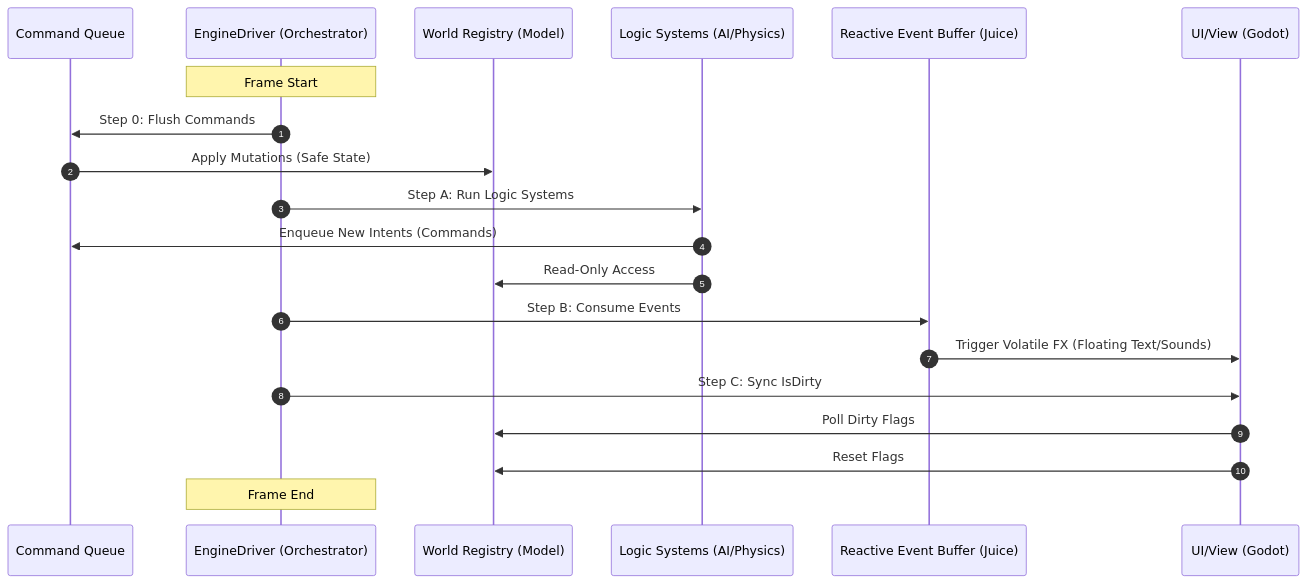
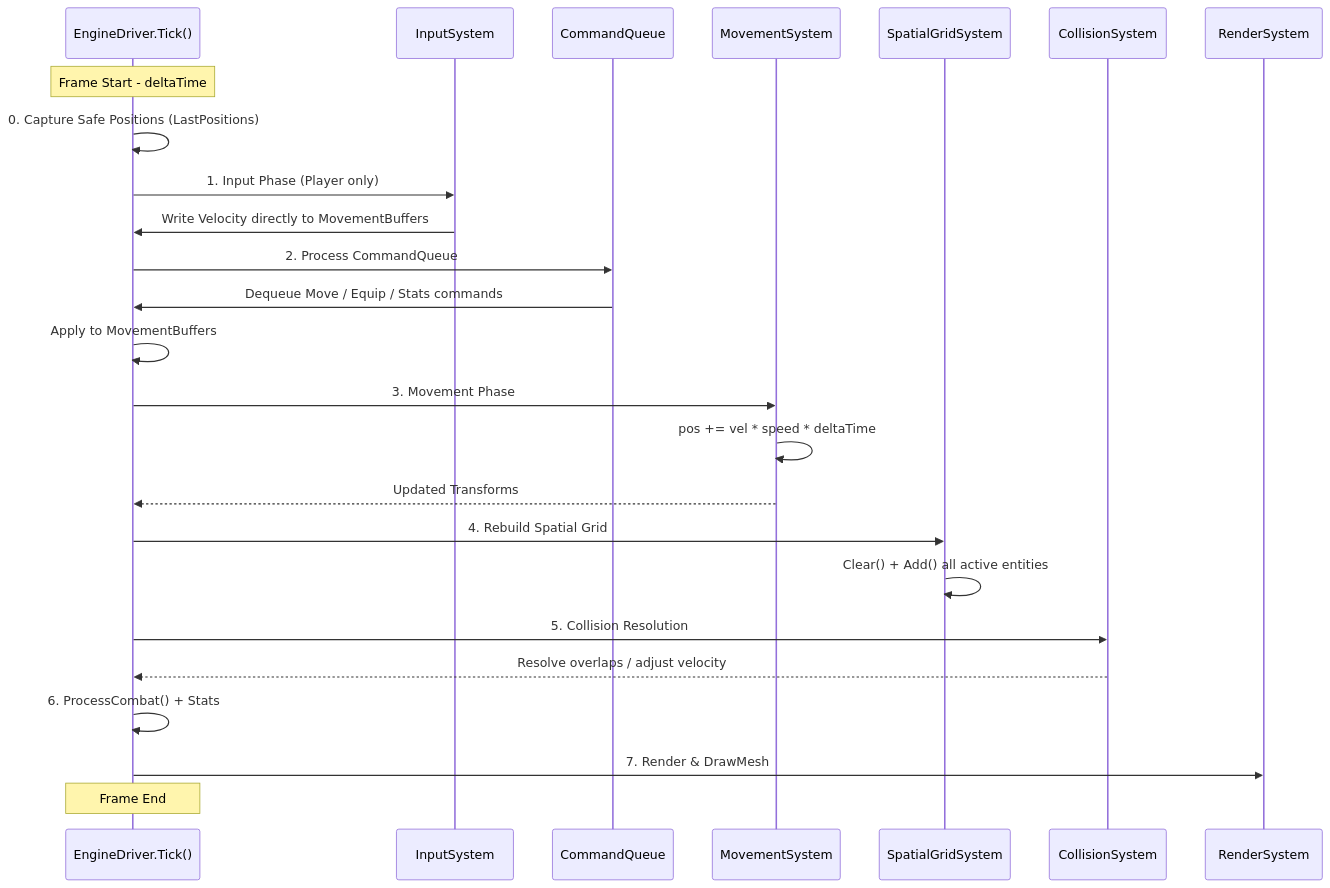
The diagram in docs/movement.md (cheomanigua/csharp-docs), drawn with Mermaid before and after one commit. The commit also changed other lines of this file and 1 other file, not shown here.

Commit message:
updated movement and performance

````diff
--- a/docs/movement.md
+++ b/docs/movement.md
@@ -509,27 +23,38 @@
 ```mermaid
 sequenceDiagram
-    autonumber
-    participant Q as Command Queue
-    participant ED as EngineDriver (Orchestrator)
-    participant M as World Registry (Model)
-    participant S as Logic Systems (AI/Physics)
-    participant FX as Reactive Event Buffer (Juice)
-    participant UI as UI/View (Godot)
+    participant ED as EngineDriver.Tick()
+    participant Input as InputSystem
+    participant Queue as CommandQueue
+    participant Move as MovementSystem
+    participant Spatial as SpatialGridSystem
+    participant Collision as CollisionSystem
+    participant Render as RenderSystem
 
-    Note over ED: Frame Start
-    ED->>Q: Step 0: Flush Commands
-    Q->>M: Apply Mutations (Safe State)
-    
-    ED->>S: Step A: Run Logic Systems
-    S->>Q: Enqueue New Intents (Commands)
-    S->>M: Read-Only Access
-    
-    ED->>FX: Step B: Consume Events
-    FX->>UI: Trigger Volatile FX (Floating Text/Sounds)
-    
-    ED->>UI: Step C: Sync IsDirty
-    UI->>M: Poll Dirty Flags
-    UI->>M: Reset Flags
+    Note over ED: Frame Start - deltaTime
+
+    ED->>ED: 0. Capture Safe Positions (LastPositions)
+
+    %% Player Path
+    ED->>Input: 1. Input Phase (Player only)
+    Input->>ED: Write Velocity directly to MovementBuffers
+
+    %% NPC / External Path
+    ED->>Queue: 2. Process CommandQueue
+    Queue->>ED: Dequeue Move / Equip / Stats commands
+    ED->>ED: Apply to MovementBuffers
+
+    ED->>Move: 3. Movement Phase
+    Move->>Move: pos += vel * speed * deltaTime
+    Move-->>ED: Updated Transforms
+
+    ED->>Spatial: 4. Rebuild Spatial Grid
+    Spatial->>Spatial: Clear() + Add() all active entities
+
+    ED->>Collision: 5. Collision Resolution
+    Collision-->>ED: Resolve overlaps / adjust velocity
+
+    ED->>ED: 6. ProcessCombat() + Stats
+    ED->>Render: 7. Render & DrawMesh
+
     Note over ED: Frame End
-
 ```
````
